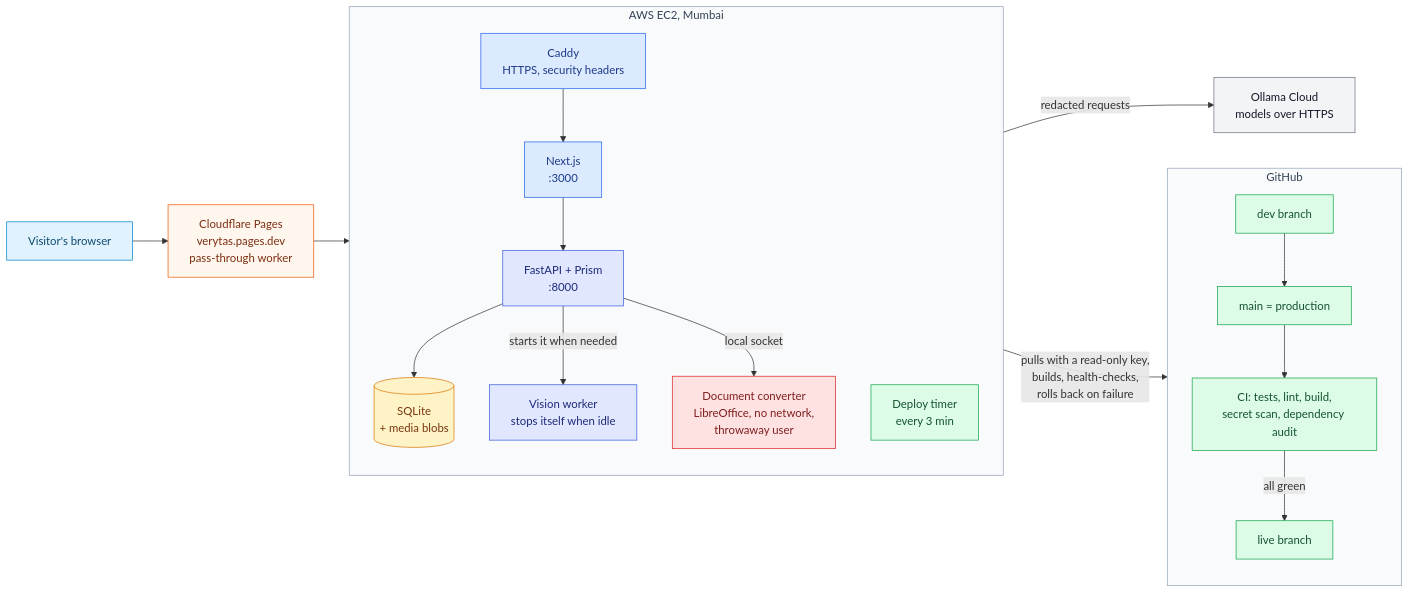
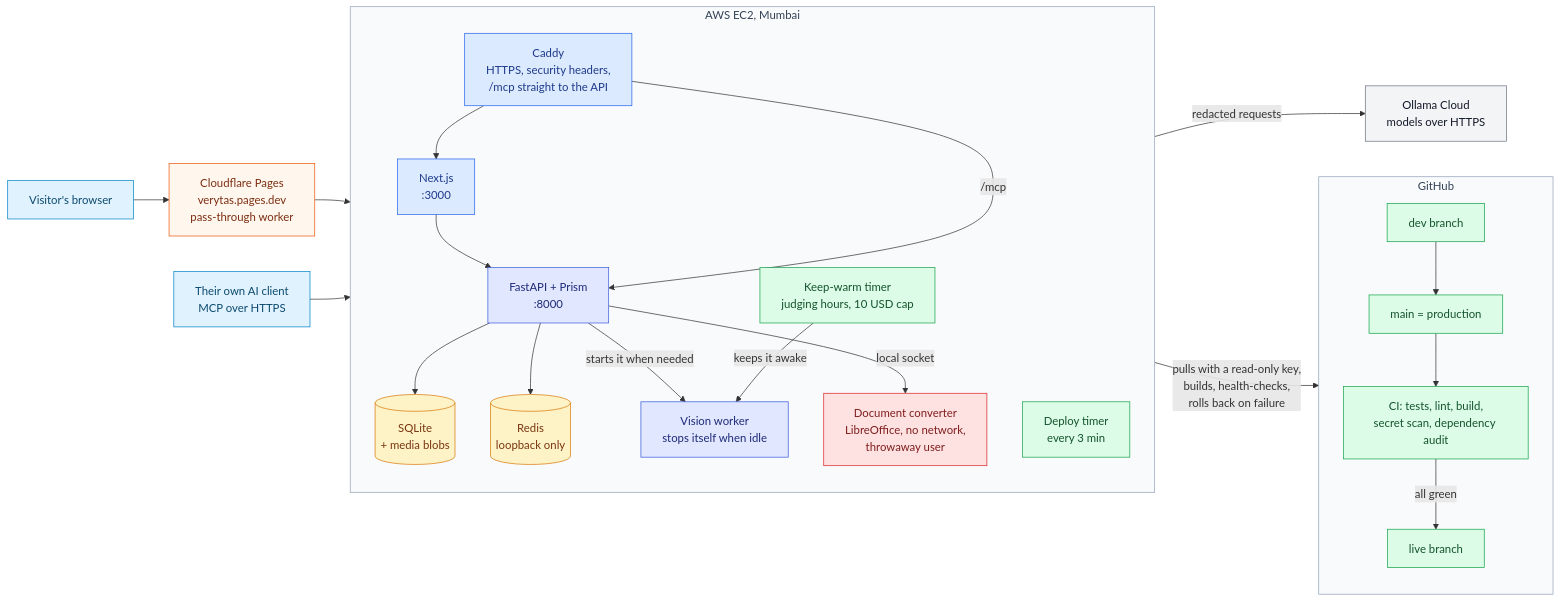
One commit to varadarajjborkar/verytas changed the third of 3 diagrams in README.md. Above: the diagram before and after it, drawn with Mermaid. The commit also changed other lines of this file and 9 other files, not shown here.

First line of the commit message:
docs: screenshots and diagrams as the product is now

````diff
--- a/README.md
+++ b/README.md
@@ -141,45 +153,52 @@
 ```mermaid
 flowchart LR
     U["Visitor's browser"]:::client
+    AIC["Their own AI client<br/>MCP over HTTPS"]:::client
     CF["Cloudflare Pages<br/>verytas.pages.dev<br/>pass-through worker"]:::edge
 
     subgraph AWS["AWS EC2, Mumbai"]
         direction TB
-        CAD["Caddy<br/>HTTPS, security headers"]:::web
+        CAD["Caddy<br/>HTTPS, security headers,<br/>/mcp straight to the API"]:::web
         NX["Next.js<br/>:3000"]:::web
         FA["FastAPI + Prism<br/>:8000"]:::api
         SQ[("SQLite<br/>+ media blobs")]:::data
         TM["Deploy timer<br/>every 3 min"]:::ops
+        RD[("Redis<br/>loopback only")]:::data
+        KW["Keep-warm timer<br/>judging hours, 10 USD cap"]:::ops
         VW["Vision worker<br/>stops itself when idle"]:::api
         CV["Document converter<br/>LibreOffice, no network,<br/>throwaway user"]:::sec
         CAD --> NX --> FA --> SQ
+        CAD -- "/mcp" --> FA
+        FA --> RD
         FA -- "starts it when needed" --> VW
+        KW -- "keeps it awake" --> VW
         FA -- "local socket" --> CV
     end
 
     OL["Ollama Cloud<br/>models over HTTPS"]:::ext
 
     subgraph GH["GitHub"]
         direction TB
         DEV["dev branch"]:::ops
         MAIN["main = production"]:::ops
         CI["CI: tests, lint, build,<br/>secret scan, dependency audit"]:::ops
         LIVE["live branch"]:::ops
         DEV --> MAIN --> CI -- "all green" --> LIVE
     end
 
     U --> CF --> CAD
+    AIC --> CAD
     FA -- "redacted requests" --> OL
     TM -- "pulls with a read-only key,<br/>builds, health-checks,<br/>rolls back on failure" --> LIVE
 
     style AWS fill:#f8fafc,stroke:#94a3b8,color:#334155
     style GH fill:#f8fafc,stroke:#94a3b8,color:#334155
     classDef client fill:#e0f2fe,stroke:#0284c7,color:#0c4a6e
     classDef edge fill:#fff7ed,stroke:#ea580c,color:#7c2d12
     classDef web fill:#dbeafe,stroke:#2563eb,color:#1e3a8a
     classDef api fill:#e0e7ff,stroke:#3b5bdb,color:#1e2a78
     classDef data fill:#fef3c7,stroke:#d97706,color:#78350f
     classDef ext fill:#f3f4f6,stroke:#6b7280,color:#111827
     classDef ops fill:#dcfce7,stroke:#16a34a,color:#14532d
     classDef sec fill:#fee2e2,stroke:#dc2626,color:#7f1d1d
 ```
````
